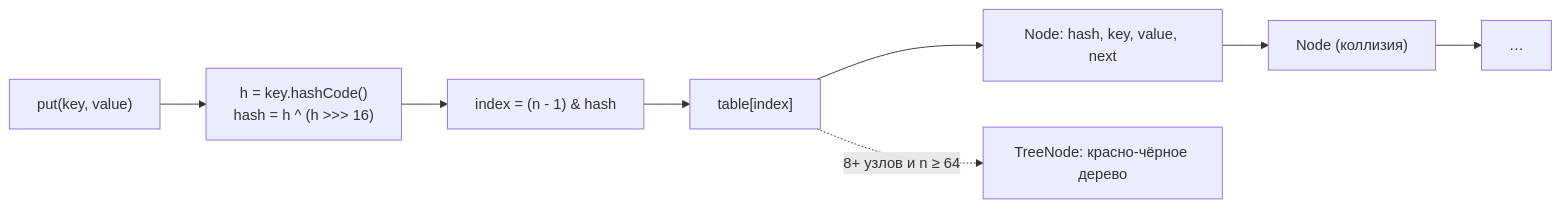
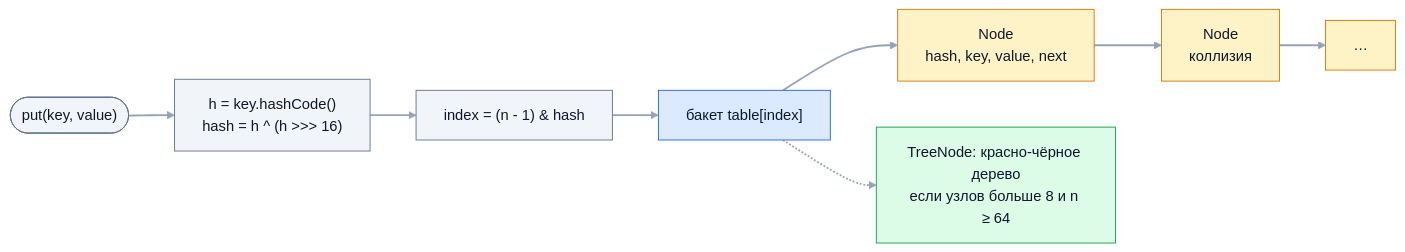
The diagram in kb/05-collections/04-hashmap-internals.md (bogdan111305/java-senior-roadmap), drawn with Mermaid before and after one commit. The commit also changed 31 other files, not shown here.

````diff
--- a/kb/05-collections/04-hashmap-internals.md
+++ b/kb/05-collections/04-hashmap-internals.md
@@ -41,10 +41,19 @@
 ```mermaid
 flowchart LR
-    K["put(key, value)"] --> H["h = key.hashCode()<br/>hash = h ^ (h >>> 16)"]
+    K(["put(key, value)"]) --> H["h = key.hashCode()<br/>hash = h ^ (h >>> 16)"]
     H --> I["index = (n - 1) & hash"]
-    I --> T["table[index]"]
-    T --> N1["Node: hash, key, value, next"]
-    N1 --> N2["Node (коллизия)"]
+    I --> T["бакет table[index]"]
+    T --> N1["Node<br/>hash, key, value, next"]
+    N1 --> N2["Node<br/>коллизия"]
     N2 --> N3["…"]
-    T -.->|"8+ узлов и n ≥ 64"| TR["TreeNode: красно-чёрное дерево"]
+    T -.-> TR["TreeNode: красно-чёрное дерево<br/>если узлов больше 8 и n ≥ 64"]
+    classDef step fill:#f1f5f9,stroke:#64748b,color:#0f172a
+    classDef bucket fill:#dbeafe,stroke:#2563eb,color:#0f172a
+    classDef chain fill:#fef3c7,stroke:#d97706,color:#0f172a
+    classDef tree fill:#dcfce7,stroke:#16a34a,color:#0f172a
+    class K,H,I step
+    class T bucket
+    class N1,N2,N3 chain
+    class TR tree
+    linkStyle default stroke:#94a3b8,stroke-width:2px
 ```
````
